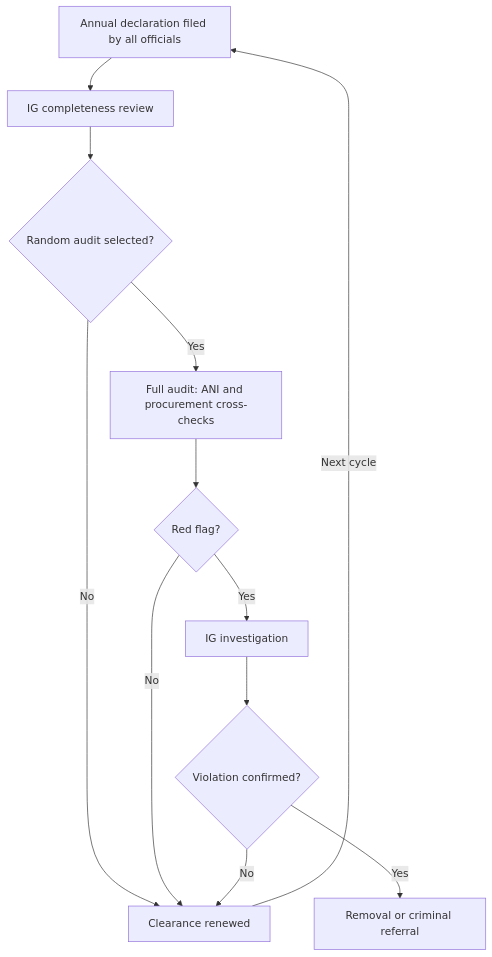
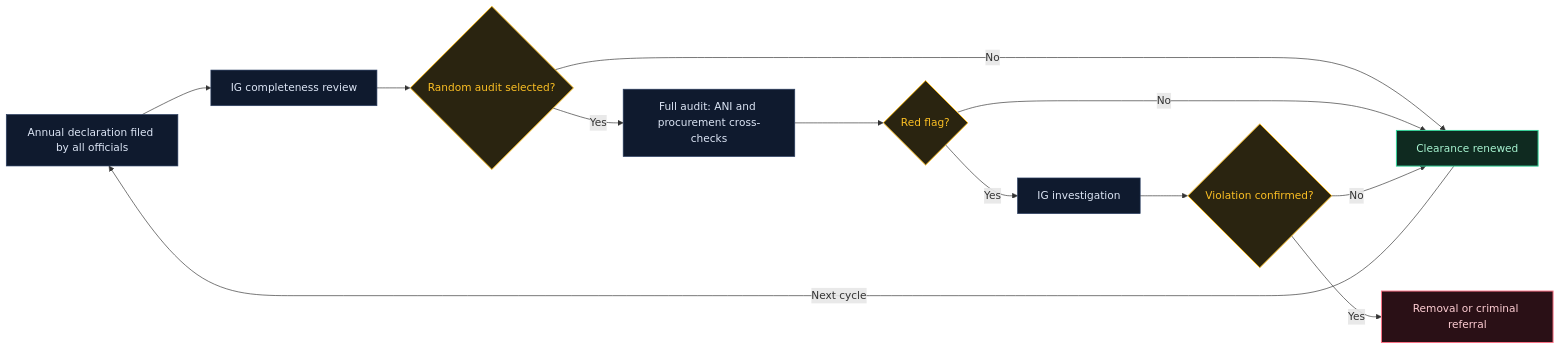
The diagram in diagrams/conflict-of-interest-cycle.mmd (CristianNichifor/ro-intel-reform-dataflows), drawn with Mermaid before and after one commit. The commit also changed 5 other files, not shown here.

Commit message:
Restyle governance diagrams: app-theme palette, semantic node classes, full-width canvases, auto-fit sizing

```diff
--- a/diagrams/conflict-of-interest-cycle.mmd
+++ b/diagrams/conflict-of-interest-cycle.mmd
@@ -1,12 +1,21 @@
-flowchart TD
+flowchart LR
     D[Annual declaration filed by all officials] --> IGR[IG completeness review]
     IGR --> RA{Random audit selected?}
     RA -->|Yes| AUD[Full audit: ANI and procurement cross-checks]
     RA -->|No| REN[Clearance renewed]
     AUD --> RF{Red flag?}
     RF -->|No| REN
     RF -->|Yes| INV[IG investigation]
     INV --> CON{Violation confirmed?}
     CON -->|No| REN
     CON -->|Yes| ACT[Removal or criminal referral]
     REN -->|Next cycle| D
+
+    classDef step fill:#0f1a2e,stroke:#2b3f63,color:#dce5f5,stroke-width:1px;
+    classDef decide fill:#2a2410,stroke:#fbbf24,color:#fbbf24,stroke-width:1.5px;
+    classDef good fill:#0f2a20,stroke:#34d399,color:#a7f3d0,stroke-width:1.5px;
+    classDef bad fill:#2a1016,stroke:#fb7185,color:#fecdd3,stroke-width:1.5px;
+    class D,IGR,AUD,INV step
+    class RA,RF,CON decide
+    class REN good
+    class ACT bad
```
